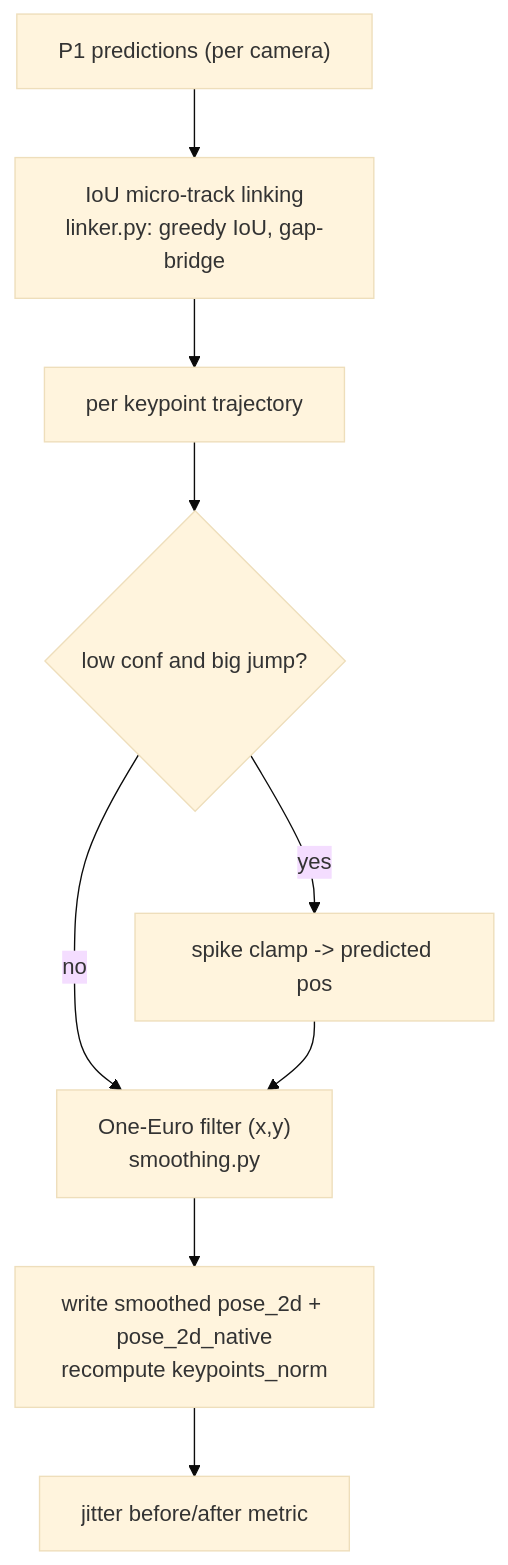
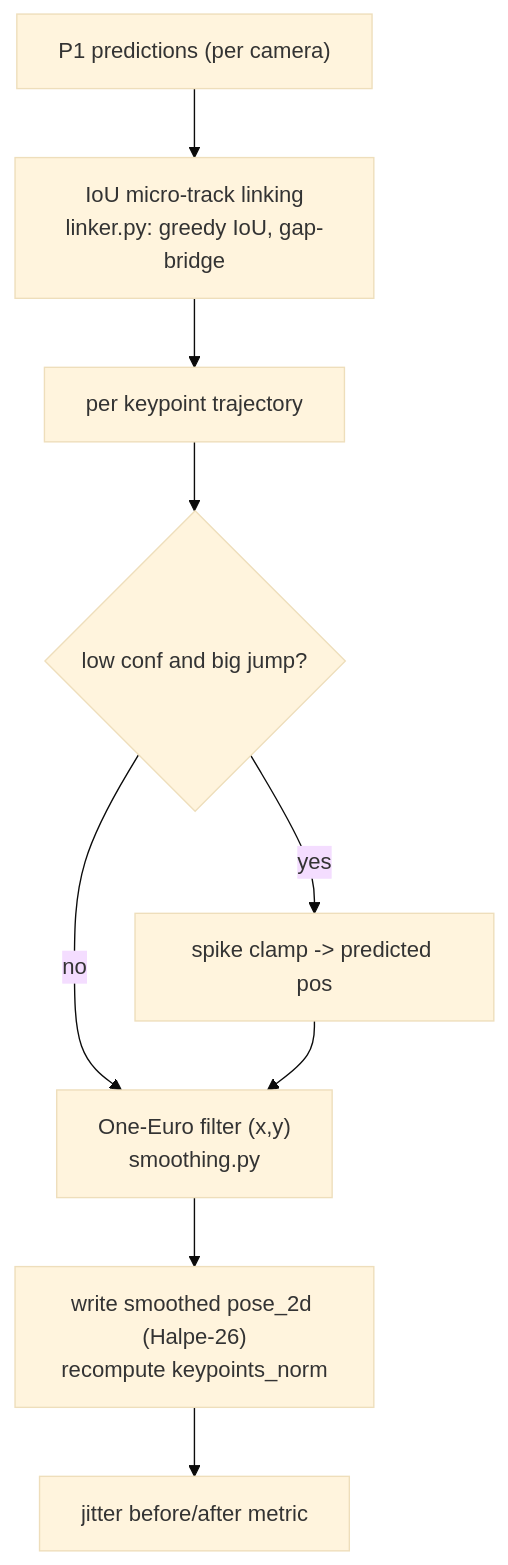
One commit to aksh-0407/pose-estimation-benchmark changed the diagram in docs/pipeline/01-stabilization.md. Above: the diagram before and after it, drawn with Mermaid (base theme). The commit also changed 52 other files, not shown here.

````diff
--- a/docs/pipeline/01-stabilization.md
+++ b/docs/pipeline/01-stabilization.md
@@ -31,11 +31,11 @@
 ```mermaid
 flowchart TD
   IN["P1 predictions (per camera)"] --> L["IoU micro-track linking<br/>linker.py: greedy IoU, gap-bridge"]
   L --> S["per keypoint trajectory"]
   S --> C{"low conf and big jump?"}
   C -- yes --> CL["spike clamp -> predicted pos"]
   C -- no --> OE
   CL --> OE["One-Euro filter (x,y)<br/>smoothing.py"]
-  OE --> W["write smoothed pose_2d + pose_2d_native<br/>recompute keypoints_norm"]
+  OE --> W["write smoothed pose_2d (Halpe-26)<br/>recompute keypoints_norm"]
   W --> M["jitter before/after metric"]
 ```
````
